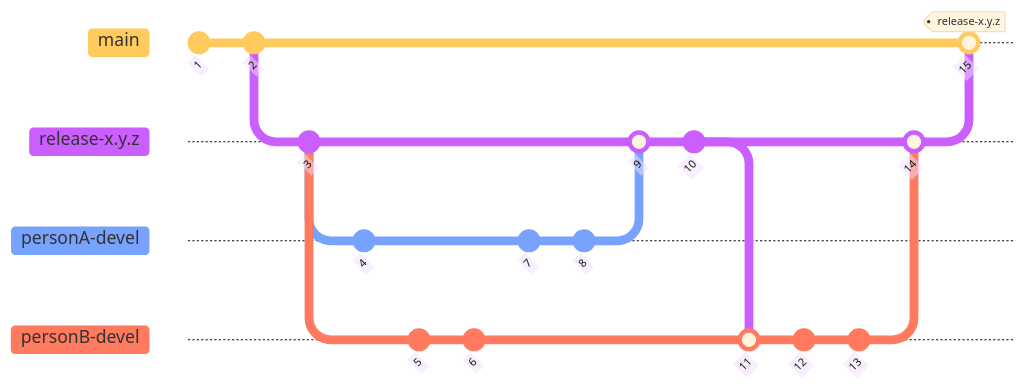
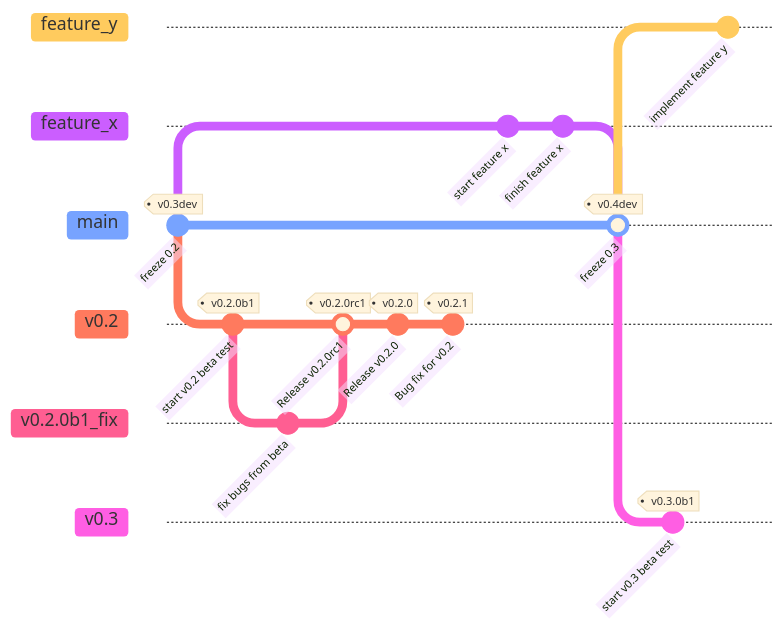
Before and after one commit to GreenBankObservatory/dysh: the first of 4 diagrams in docs/source/for_developers/git_workflows.rst, drawn with Mermaid. The commit also changed other lines of this file and 7 other files, not shown here.

```diff
--- a/docs/source/for_developers/git_workflows.rst
+++ b/docs/source/for_developers/git_workflows.rst
@@ -10,29 +24,35 @@
 .. mermaid::
 
-    %%{init: { 'theme': 'base' } }%%
+    %%{init: { 'logLevel': 'debug', 'theme': 'base', 'gitGraph': {'showBranches': true, 'showCommitLabel':true,'mainBranchOrder': 10}} }%%
 
     gitGraph
-        commit id: "1"
-        commit id: "2"
-        branch release-x.y.z order: 1
-        commit id: "3"
-        branch personB-devel order: 3
-        branch personA-devel order: 2
-        commit id: "4"
-        checkout personB-devel
-        commit id: "5"
-        commit id: "6"
-        checkout personA-devel
-        commit id: "7"
-        commit id: "8"
-        checkout release-x.y.z
-        merge personA-devel id: "9"
-        commit id: "10"
-        checkout personB-devel
-        merge release-x.y.z id: "11"
-        commit id: "12"
-        commit id: "13"
-        checkout release-x.y.z
-        merge personB-devel id: "14"
+
+        commit id: "freeze 0.2" tag: "v0.3dev"
+        branch v0.2 order: 11
+
+        checkout v0.2
+        commit id: "start v0.2 beta test" tag: "v0.2.0b1"
+
+        branch v0.2.0b1_fix order: 14
+        commit id: "fix bugs from beta"
+        checkout v0.2
+        merge v0.2.0b1_fix id: "Release v0.2.0rc1" tag: "v0.2.0rc1"
+        commit id: "Release v0.2.0" tag: "v0.2.0"
+        commit id: "Bug fix for v0.2" tag: "v0.2.1"
+        checkout v0.2
+
         checkout main
-        merge release-x.y.z  id: "15" tag: "release-x.y.z"
+        branch feature_x order:3
+        commit id: "start feature x"
+        commit id: "finish feature x"
+        checkout main
+        merge feature_x id: "freeze 0.3" tag: "v0.4dev"
+
+        branch v0.3 order:100
+        commit id: "start v0.3 beta test" tag: "v0.3.0b1"
+        checkout main
+
+        branch feature_y order:1
+        checkout feature_y
+        commit id:"implement feature y"
+        checkout main
```
